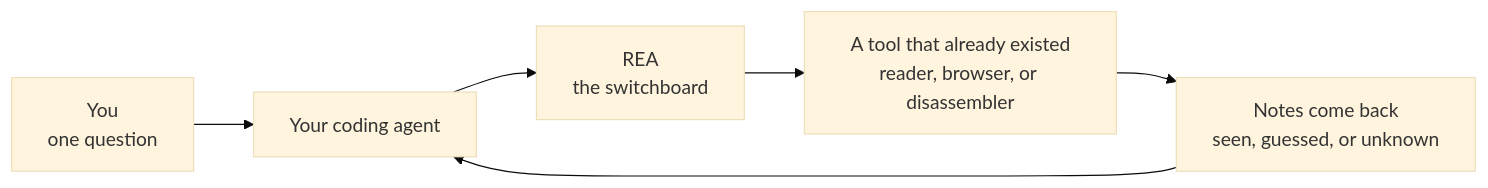
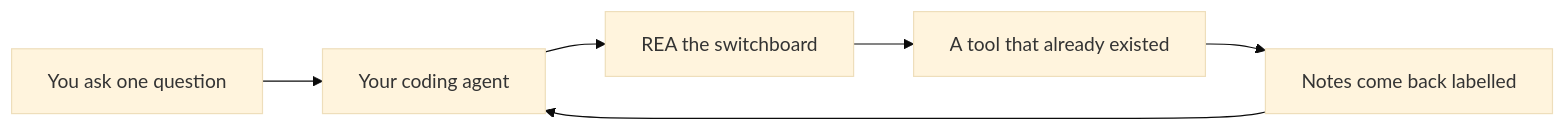
The first of 6 diagrams in content/docs/mdx/part-10-field-notes/chapter-27-reverse-engineer-anything/index.mdx (FirePheonix/cognitive), drawn with Mermaid (base theme) before and after one commit. The commit also changed other lines of this file and 6 other files, not shown here.

Commit message:
Add the books page and fix the reverse-engineering flowcharts.

````diff
--- a/content/docs/mdx/part-10-field-notes/chapter-27-reverse-engineer-anything/index.mdx
+++ b/content/docs/mdx/part-10-field-notes/chapter-27-reverse-engineer-anything/index.mdx
@@ -48,8 +48,8 @@
 ```mermaid
 flowchart LR
-  You["You<br/>one question"] --> Agent["Your coding agent"]
-  Agent --> REA["REA<br/>the switchboard"]
-  REA --> Tool["A tool that already existed<br/>reader, browser, or disassembler"]
-  Tool --> Notes["Notes come back<br/>seen, guessed, or unknown"]
+  You["You ask one question"] --> Agent["Your coding agent"]
+  Agent --> REA["REA the switchboard"]
+  REA --> Tool["A tool that already existed"]
+  Tool --> Notes["Notes come back labelled"]
   Notes --> Agent
 ```
````
